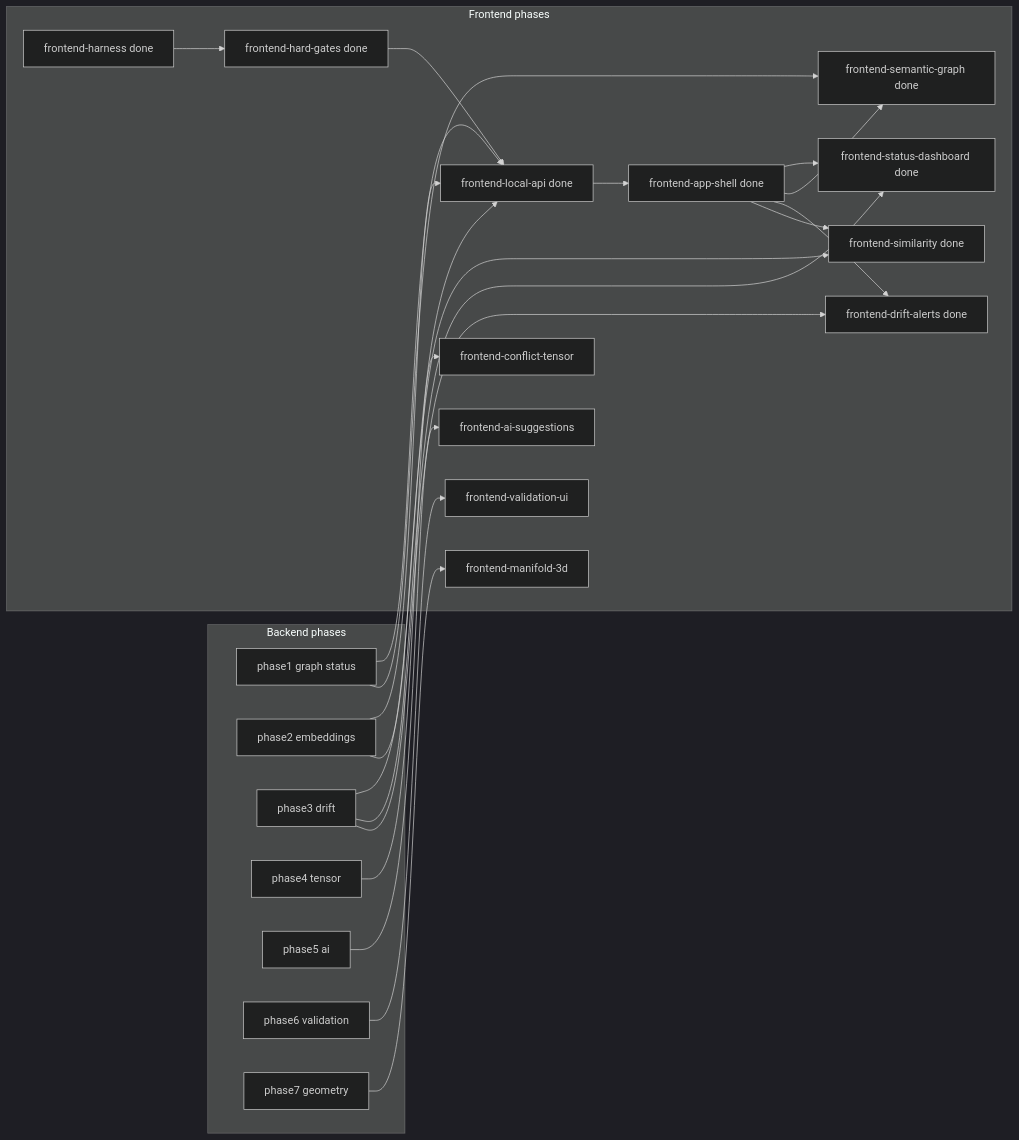
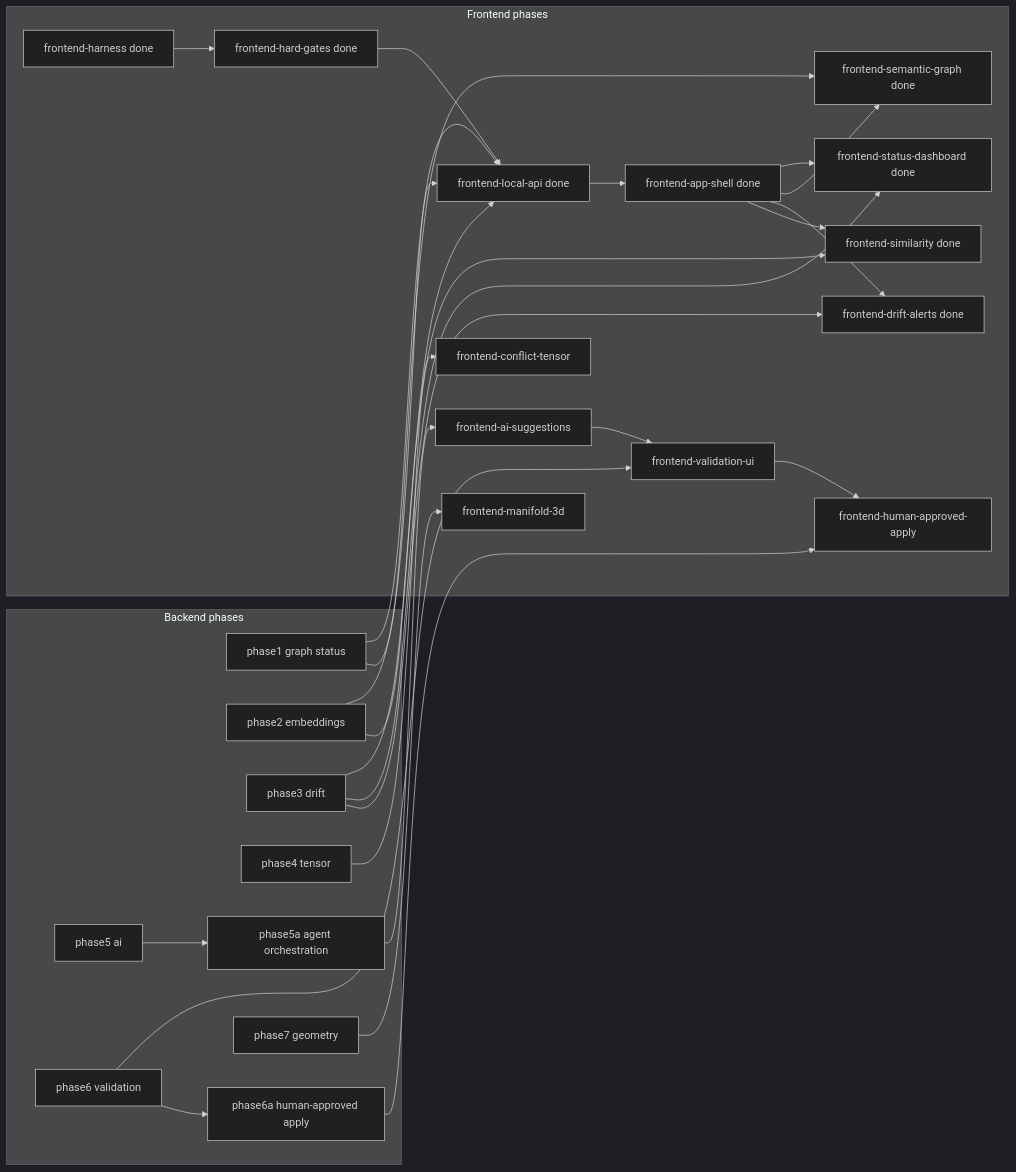
One commit to Sarthak2233/GDSS changed the diagram in docs/FRONTEND_ROADMAP.md. Above: the diagram before and after it, drawn with Mermaid (dark theme). The commit also changed other lines of this file and 330 other files, not shown here.

````diff
--- a/docs/FRONTEND_ROADMAP.md
+++ b/docs/FRONTEND_ROADMAP.md
@@ -29,42 +32,47 @@
 ```mermaid
 flowchart LR
   subgraph backend [Backend phases]
     B1[phase1 graph status]
     B2[phase2 embeddings]
     B3[phase3 drift]
     B4[phase4 tensor]
     B5[phase5 ai]
+    B5a[phase5a agent orchestration]
     B6[phase6 validation]
+    B6a[phase6a human-approved apply]
     B7[phase7 geometry]
   end
   subgraph frontend [Frontend phases]
     F0[frontend-harness done]
     Fg[frontend-hard-gates done]
     Fa[frontend-local-api done]
     Fs[frontend-app-shell done]
     Fd[frontend-status-dashboard done]
     Fgph[frontend-semantic-graph done]
     Fdr[frontend-drift-alerts done]
     Fsim[frontend-similarity done]
     Ften[frontend-conflict-tensor]
     Fai[frontend-ai-suggestions]
     Fval[frontend-validation-ui]
+    Fapply[frontend-human-approved-apply]
     F3d[frontend-manifold-3d]
   end
   F0 --> Fg --> Fa --> Fs
   Fs --> Fd
   Fs --> Fgph
   Fs --> Fdr
   Fs --> Fsim
   B1 --> Fa
   B3 --> Fa
   B2 --> Fa
   B1 --> Fgph
   B3 --> Fd
   B3 --> Fdr
   B2 --> Fsim
   B4 --> Ften
-  B5 --> Fai
+  B5 --> B5a --> Fai
   B6 --> Fval
+  Fai --> Fval --> Fapply
+  B6 --> B6a --> Fapply
   B7 --> F3d
 ```
````
